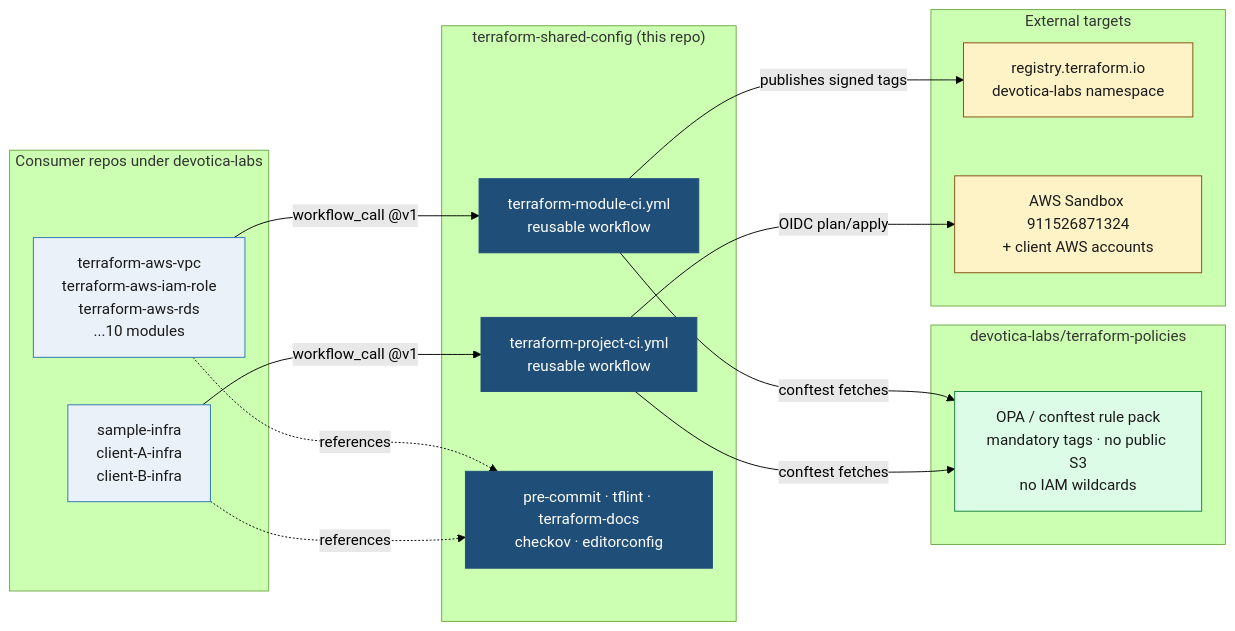
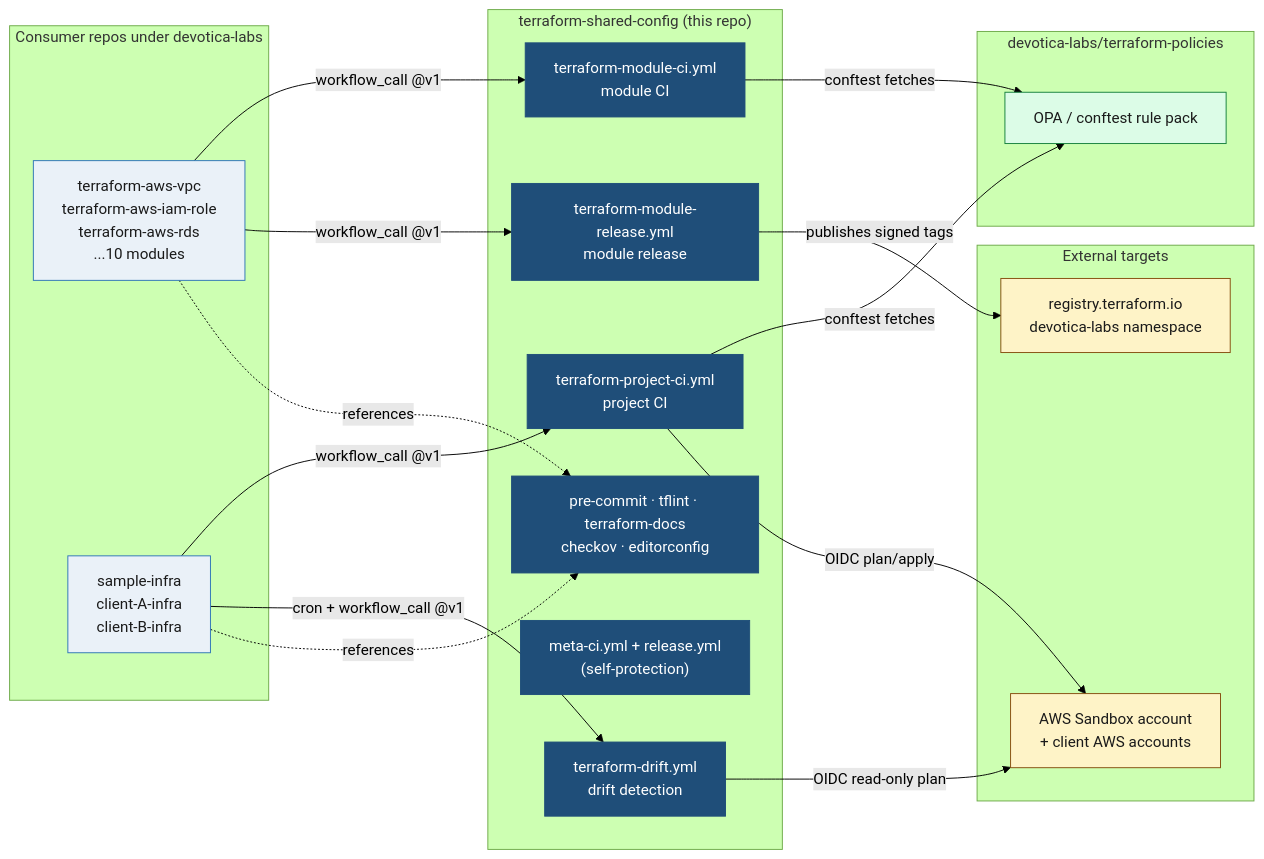
The first of 3 diagrams in README.md (devotica-labs/terraform-shared-config), drawn with Mermaid (forest theme) before and after one commit. The commit also changed other lines of this file, not shown here.

````diff
--- a/README.md
+++ b/README.md
@@ -11,42 +32,48 @@
 ```mermaid
 flowchart LR
     subgraph Consumers["Consumer repos under devotica-labs"]
         MOD["terraform-aws-vpc<br/>terraform-aws-iam-role<br/>terraform-aws-rds<br/>...10 modules"]
         PROJ["sample-infra<br/>client-A-infra<br/>client-B-infra"]
     end
 
     subgraph Shared["terraform-shared-config (this repo)"]
-        MCI["terraform-module-ci.yml<br/>reusable workflow"]
-        PCI["terraform-project-ci.yml<br/>reusable workflow"]
+        MCI["terraform-module-ci.yml<br/>module CI"]
+        PCI["terraform-project-ci.yml<br/>project CI"]
+        MRL["terraform-module-release.yml<br/>module release"]
+        DRF["terraform-drift.yml<br/>drift detection"]
+        SELF["meta-ci.yml + release.yml<br/>(self-protection)"]
         CFG["pre-commit · tflint · terraform-docs<br/>checkov · editorconfig"]
     end
 
     subgraph Policies["devotica-labs/terraform-policies"]
-        OPA["OPA / conftest rule pack<br/>mandatory tags · no public S3<br/>no IAM wildcards"]
+        OPA["OPA / conftest rule pack"]
     end
 
-    subgraph AWS["External targets"]
+    subgraph Ext["External targets"]
         REG["registry.terraform.io<br/>devotica-labs namespace"]
-        SBX["AWS Sandbox 911526871324<br/>+ client AWS accounts"]
+        SBX["AWS Sandbox account<br/>+ client AWS accounts"]
     end
 
     MOD -->|workflow_call @v1| MCI
+    MOD -->|workflow_call @v1| MRL
     PROJ -->|workflow_call @v1| PCI
+    PROJ -->|cron + workflow_call @v1| DRF
     MOD -.->|references| CFG
     PROJ -.->|references| CFG
 
     MCI -->|conftest fetches| OPA
     PCI -->|conftest fetches| OPA
 
-    MCI -->|publishes signed tags| REG
+    MRL -->|publishes signed tags| REG
     PCI -->|OIDC plan/apply| SBX
+    DRF -->|OIDC read-only plan| SBX
 
     classDef shared fill:#1F4E79,color:#fff,stroke:#1F4E79;
     classDef consumer fill:#eaf1f8,color:#1a1a1a,stroke:#2E75B6;
     classDef pol fill:#dcfce7,color:#1a1a1a,stroke:#15803d;
     classDef ext fill:#fef3c7,color:#1a1a1a,stroke:#854d0e;
-    class MCI,PCI,CFG shared;
+    class MCI,PCI,MRL,DRF,SELF,CFG shared;
     class MOD,PROJ consumer;
     class OPA pol;
     class REG,SBX ext;
 ```
````
